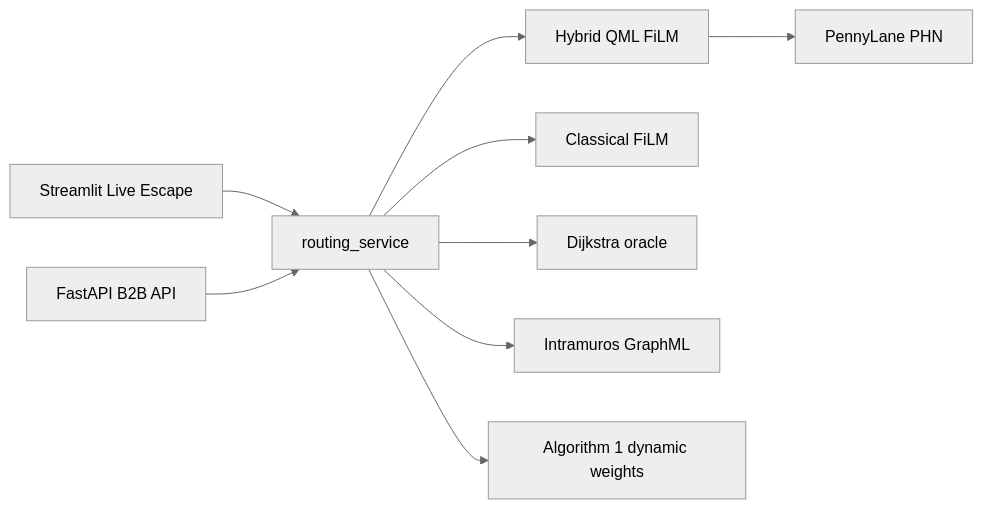
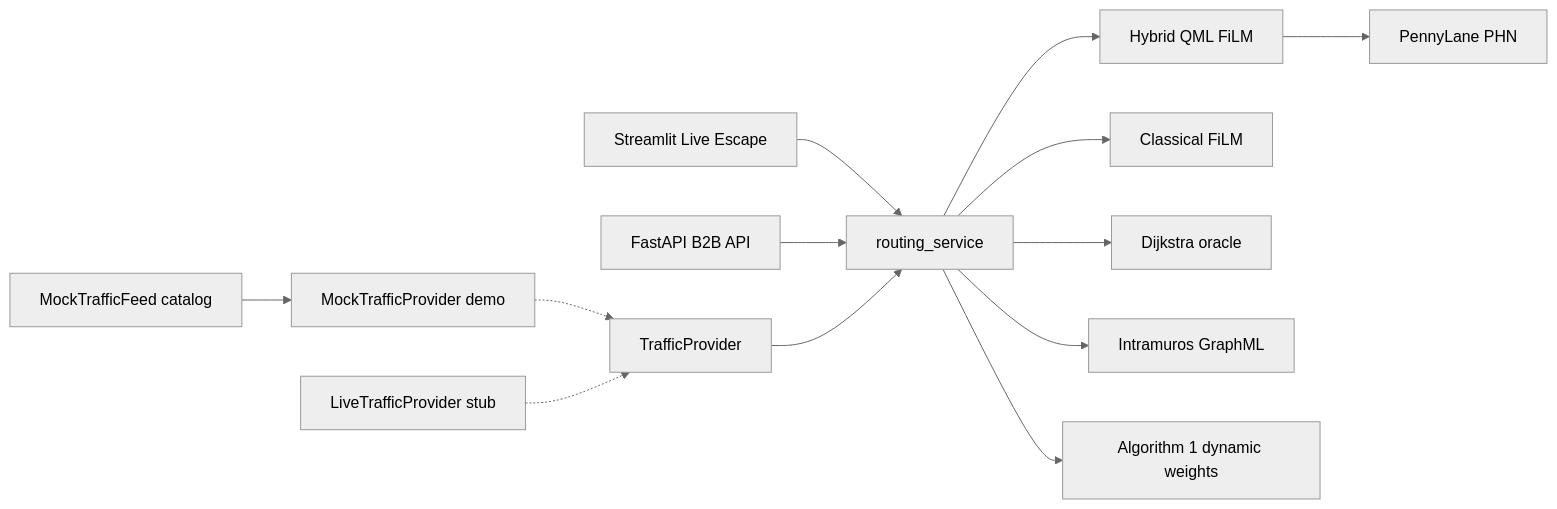
The diagram in README.md (meolen07/QuantumRelief), drawn with Mermaid (neutral theme) before and after one commit. The commit also changed other lines of this file and 1 other file, not shown here.

````diff
--- a/README.md
+++ b/README.md
@@ -134,11 +139,15 @@
 ```mermaid
 flowchart LR
   UX[Streamlit Live Escape] --> RS[routing_service]
   API[FastAPI B2B API] --> RS
+  TP[TrafficProvider] --> RS
+  Feed[MockTrafficFeed catalog] --> Mock
+  Mock[MockTrafficProvider demo] -.-> TP
+  Live[LiveTrafficProvider stub] -.-> TP
   RS --> H[Hybrid QML FiLM]
   RS --> C[Classical FiLM]
   RS --> D[Dijkstra oracle]
   H --> PL[PennyLane PHN]
   RS --> G[Intramuros GraphML]
   RS --> Dyn[Algorithm 1 dynamic weights]
 ```
````
